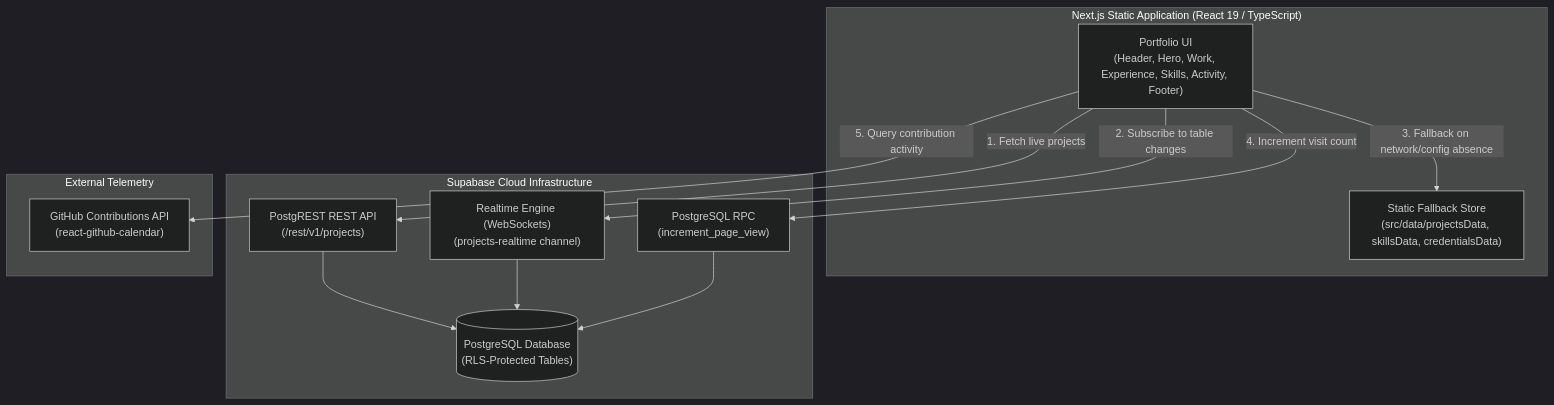
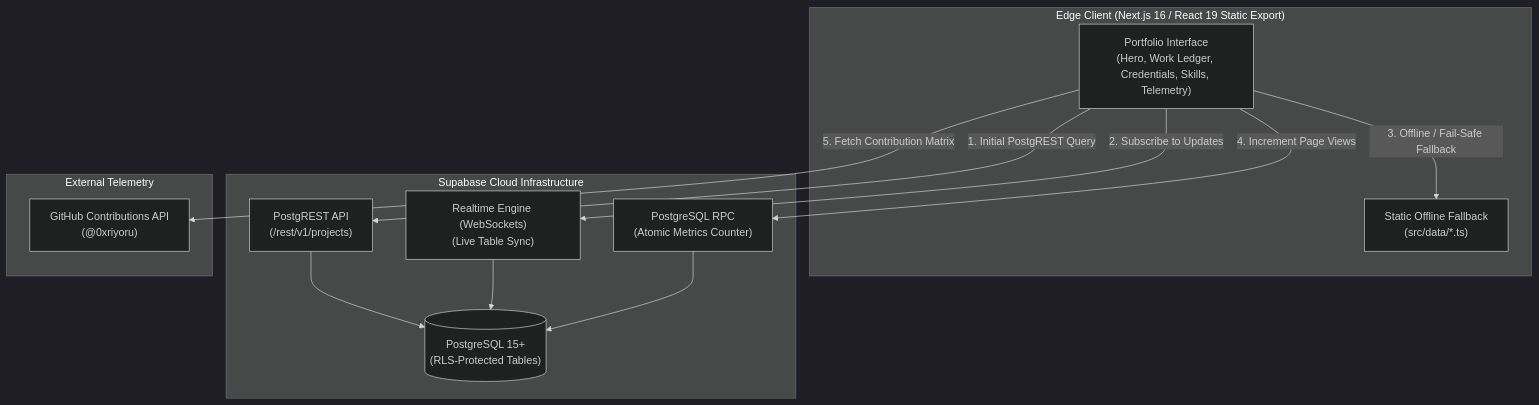
One commit to 0xriyoru/esperon-portfolio changed the diagram in README.md. Above: the diagram before and after it, drawn with Mermaid (dark theme). The commit also changed other lines of this file and 13 other files, not shown here.

Commit message:
feat: add Skydevs Summit certificate and update portfolio activity & highlights

````diff
--- a/README.md
+++ b/README.md
@@ -97,28 +80,28 @@
 ```mermaid
 flowchart TD
-    subgraph Client["Next.js Static Application (React 19 / TypeScript)"]
-        UI["Portfolio UI<br/>(Header, Hero, Work, Experience, Skills, Activity, Footer)"]
-        Fallback["Static Fallback Store<br/>(src/data/projectsData, skillsData, credentialsData)"]
+    subgraph Client["Edge Client (Next.js 16 / React 19 Static Export)"]
+        UI["Portfolio Interface<br/>(Hero, Work Ledger, Credentials, Skills, Telemetry)"]
+        Fallback["Static Offline Fallback<br/>(src/data/*.ts)"]
     end
 
-    subgraph Supabase["Supabase Cloud Infrastructure"]
-        PostgREST["PostgREST REST API<br/>(/rest/v1/projects)"]
-        Realtime["Realtime Engine (WebSockets)<br/>(projects-realtime channel)"]
-        RPC["PostgreSQL RPC<br/>(increment_page_view)"]
-        DB[("PostgreSQL Database<br/>(RLS-Protected Tables)")]
+    subgraph Cloud["Supabase Cloud Infrastructure"]
+        PostgREST["PostgREST API<br/>(/rest/v1/projects)"]
+        Realtime["Realtime Engine (WebSockets)<br/>(Live Table Sync)"]
+        RPC["PostgreSQL RPC<br/>(Atomic Metrics Counter)"]
+        DB[("PostgreSQL 15+<br/>(RLS-Protected Tables)")]
     end
 
-    subgraph External["External Telemetry"]
-        GH["GitHub Contributions API<br/>(react-github-calendar)"]
+    subgraph Telemetry["External Telemetry"]
+        GH["GitHub Contributions API<br/>(@0xriyoru)"]
     end
 
-    UI -->|1. Fetch live projects| PostgREST
-    UI -->|2. Subscribe to table changes| Realtime
-    UI -->|3. Fallback on network/config absence| Fallback
-    UI -->|4. Increment visit count| RPC
-    UI -->|5. Query contribution activity| GH
+    UI -->|1. Initial PostgREST Query| PostgREST
+    UI -->|2. Subscribe to Updates| Realtime
+    UI -->|3. Offline / Fail-Safe Fallback| Fallback
+    UI -->|4. Increment Page Views| RPC
+    UI -->|5. Fetch Contribution Matrix| GH
 
     PostgREST --> DB
     Realtime --> DB
     RPC --> DB
 ```
````
